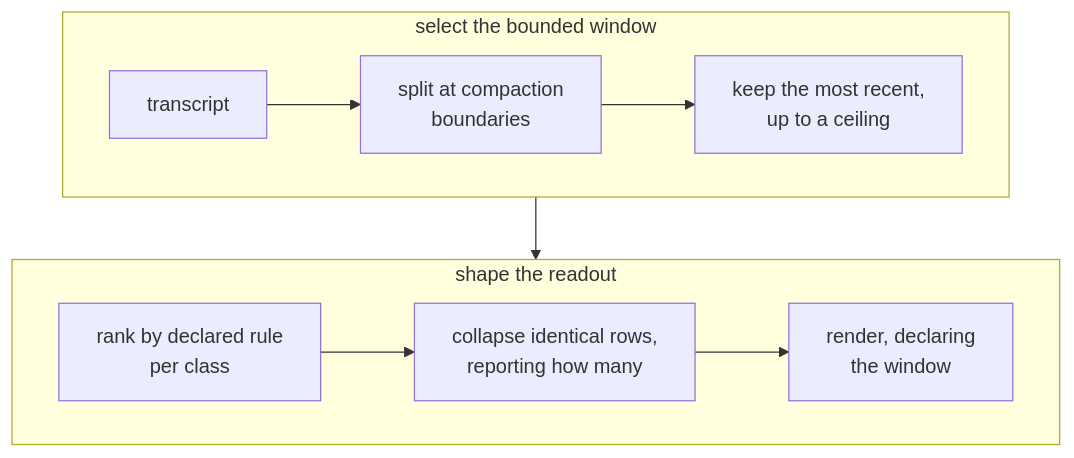
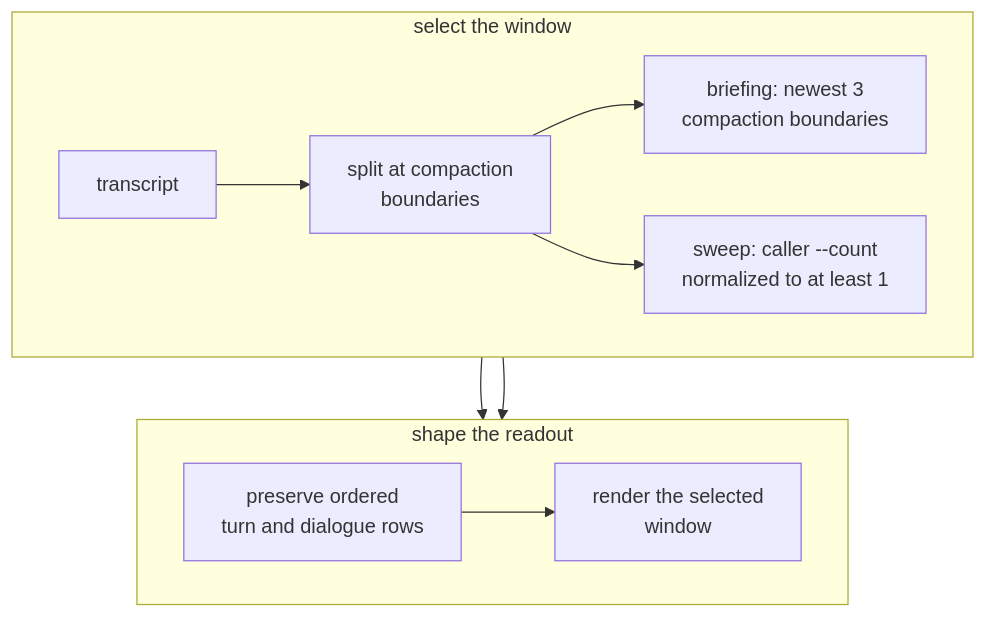
One commit to infimalabs/spice-rust changed the third of 11 diagrams in docs/product/planes/session.md. Above: the diagram before and after it, drawn with Mermaid. The commit also changed other lines of this file and 120 other files, not shown here.

````diff
--- a/docs/product/planes/session.md
+++ b/docs/product/planes/session.md
@@ -75,14 +77,15 @@
 ```mermaid
 flowchart TD
-  subgraph SELECT["select the bounded window"]
+  subgraph SELECT["select the window"]
     direction LR
     T["transcript"] --> W["split at compaction<br/>boundaries"]
-    W --> L["keep the most recent,<br/>up to a ceiling"]
+    W --> B["briefing: newest 3<br/>compaction boundaries"]
+    W --> S["sweep: caller --count<br/>normalized to at least 1"]
   end
   subgraph RENDER["shape the readout"]
     direction LR
-    R["rank by declared rule<br/>per class"] --> D["collapse identical rows,<br/>reporting how many"]
-    D --> O["render, declaring<br/>the window"]
+    R["preserve ordered<br/>turn and dialogue rows"] --> O["render the selected<br/>window"]
   end
-  L --> R
+  B --> R
+  S --> R
 ```
````
